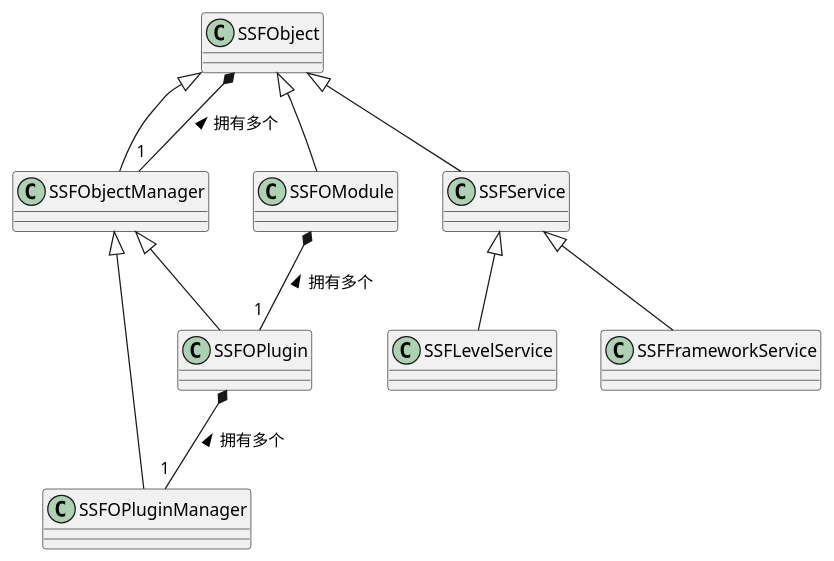
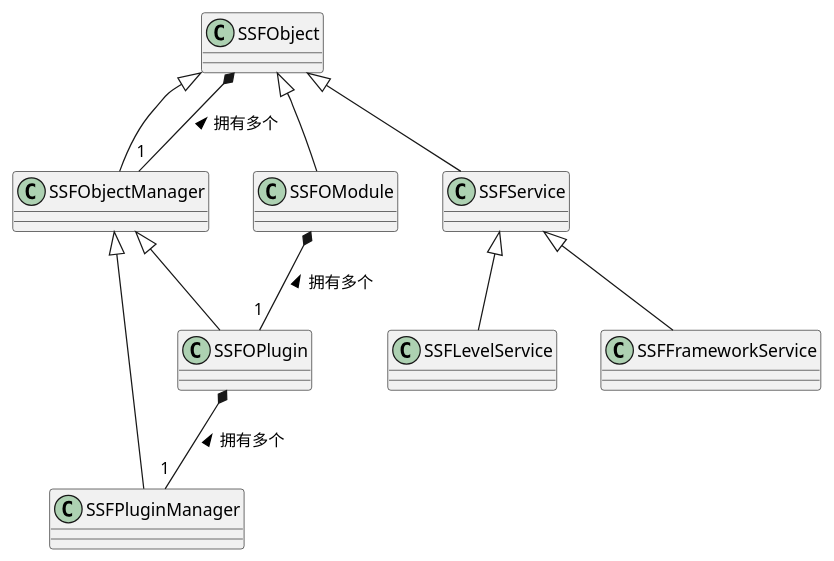
The diagram in SkywalkerServerFramework/SkywalkerServerFramework.plantuml (xcyh410713847/SkywalkerGameServer), drawn with PlantUML before and after one commit. The commit also changed 7 other files, not shown here.

```diff
--- a/SkywalkerServerFramework/SkywalkerServerFramework.plantuml
+++ b/SkywalkerServerFramework/SkywalkerServerFramework.plantuml
@@ -1,59 +1,59 @@
 @startuml SkywalkerServerFramework
 
 class SSFObject
 {
 }
 
 '继承自 SSFObject
 SSFObject <|-- SSFObjectManager
 SSFObject <|-- SSFOModule
 SSFObject <|-- SSFService
 class SSFObjectManager
 {
 
 }
 
 ' SSFObject 与 SSFObjectManager
 SSFObject *-- "1" SSFObjectManager : "拥有多个 <"
 
 class SSFOModule
 {
 
 }
 
 ' SSFOModule 与 SSFOPlugin
 SSFOModule *-- "1" SSFOPlugin : "拥有多个 <"
 
 class SSFService
 {
 
 }
 
 '继承自 SSFObjectManager
 SSFObjectManager <|-- SSFOPlugin
-SSFObjectManager <|-- SSFOPluginManager
+SSFObjectManager <|-- SSFPluginManager
 class SSFOPlugin
 {
 
 }
 
-class SSFOPluginManager
+class SSFPluginManager
 {
 
 }
 
-' SSFOPlugin 与 SSFOPluginManager
-SSFOPlugin *-- "1" SSFOPluginManager : "拥有多个 <"
+' SSFOPlugin 与 SSFPluginManager
+SSFOPlugin *-- "1" SSFPluginManager : "拥有多个 <"
 
 '继承自 SSFOService
 SSFService <|-- SSFFrameworkService
 SSFService <|-- SSFLevelService
 class SSFFrameworkService
 {
 }
 
 class SSFLevelService
 {
 }
 
 @enduml
```
